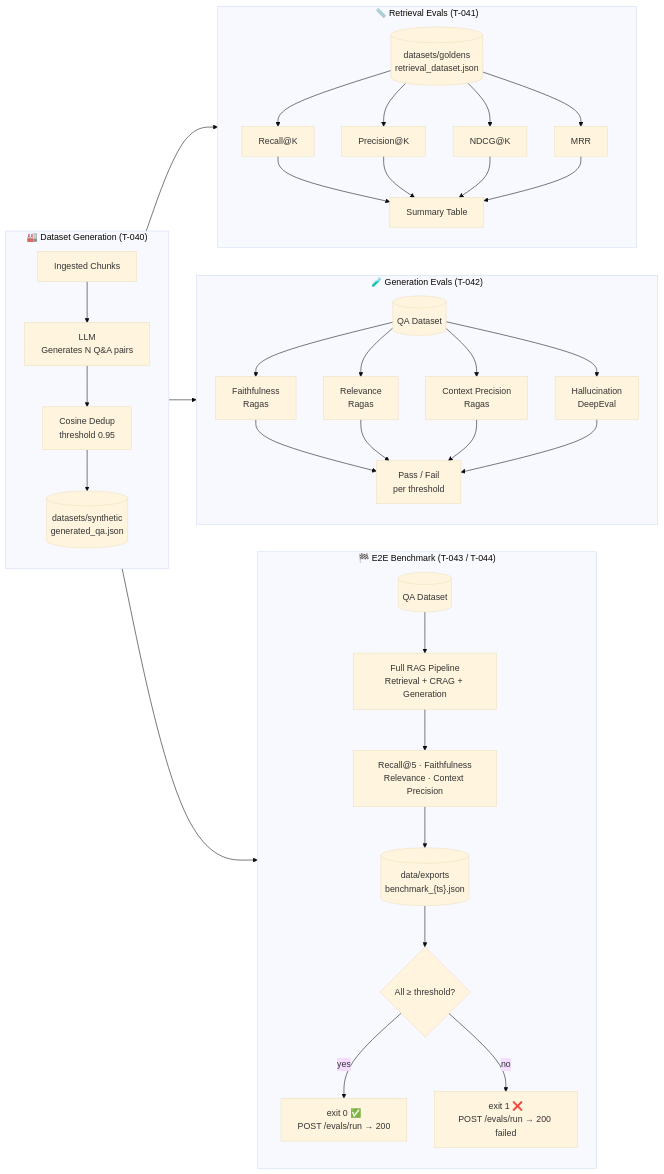
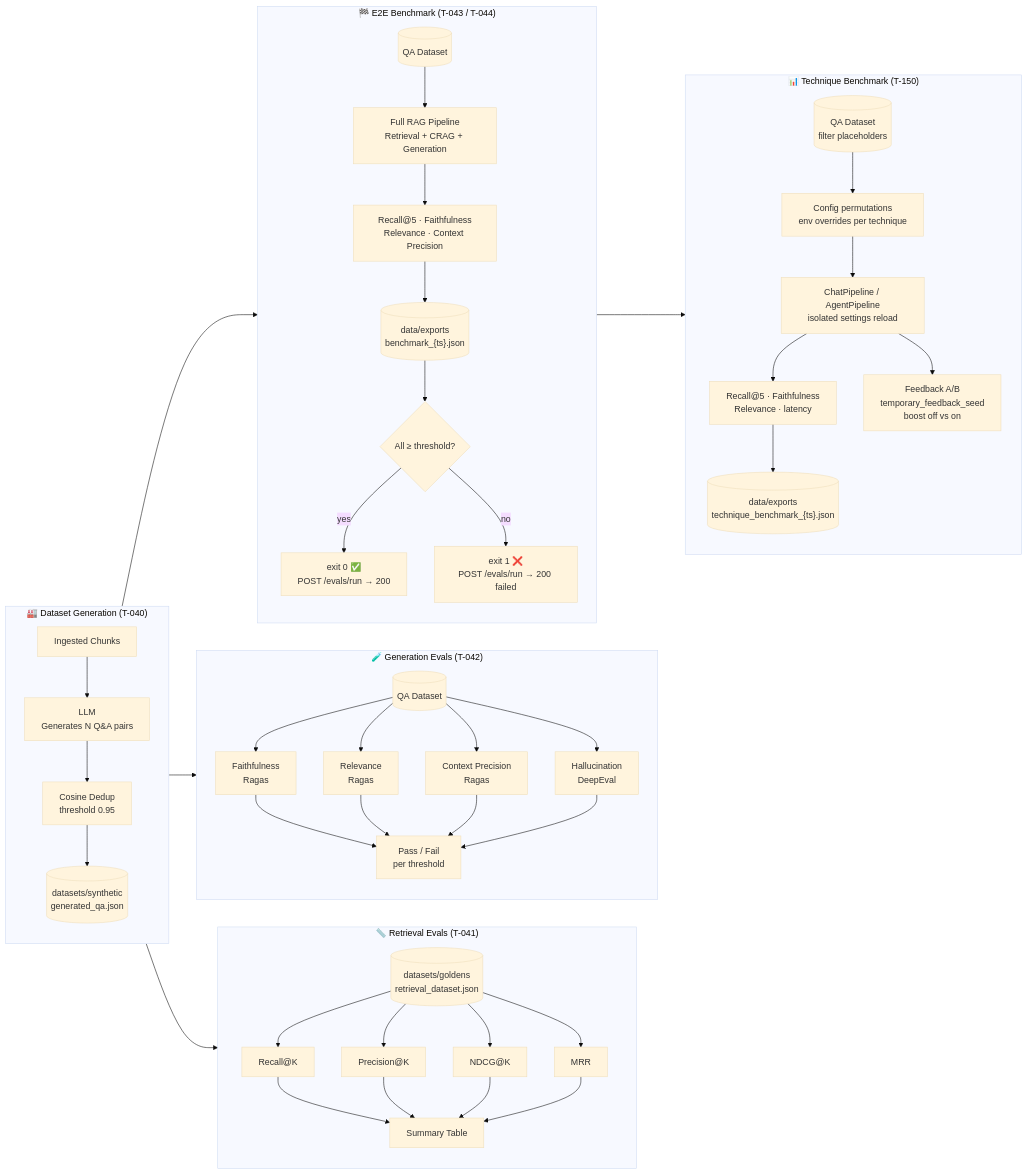
Diagram 13 of 15 in README.md (ealbertoav/rag_platform), drawn with Mermaid (base theme) before and after one commit. The commit also changed other lines of this file and 1 other file, not shown here.

First line of the commit message:
Add RAG Technique Benchmark (T-150) with `make benchmark-techniques`

````diff
--- a/README.md
+++ b/README.md
@@ -2307,37 +2368,46 @@
 ```mermaid
 flowchart LR
     subgraph GEN["🏭 Dataset Generation (T-040)"]
         IC[Ingested Chunks] --> LLM2["LLM<br/>Generates N Q&A pairs"]
         LLM2 --> DED["Cosine Dedup<br/>threshold 0.95"]
         DED --> QA[("datasets/synthetic<br/>generated_qa.json")]
     end
 
     subgraph RET["📏 Retrieval Evals (T-041)"]
         QA2[("datasets/goldens<br/>retrieval_dataset.json")] --> R1["Recall@K"]
         QA2 --> R2["Precision@K"]
         QA2 --> R3["NDCG@K"]
         QA2 --> R4["MRR"]
         R1 & R2 & R3 & R4 --> RT[Summary Table]
     end
 
     subgraph GEN2["🧪 Generation Evals (T-042)"]
         QA3[("QA Dataset")] --> F["Faithfulness<br/>Ragas"]
         QA3 --> RV["Relevance<br/>Ragas"]
         QA3 --> CP["Context Precision<br/>Ragas"]
         QA3 --> H["Hallucination<br/>DeepEval"]
         F & RV & CP & H --> GR["Pass / Fail<br/>per threshold"]
     end
 
     subgraph E2E["🏁 E2E Benchmark (T-043 / T-044)"]
         QA4[("QA Dataset")] --> PIPE["Full RAG Pipeline<br/>Retrieval + CRAG + Generation"]
         PIPE --> MET["Recall@5 · Faithfulness<br/>Relevance · Context Precision"]
         MET --> RPT[("data/exports<br/>benchmark_{ts}.json")]
         RPT --> EXIT{All ≥ threshold?}
         EXIT -->|yes| PASS["exit 0 ✅<br/>POST /evals/run → 200"]
         EXIT -->|no| FAIL["exit 1 ❌<br/>POST /evals/run → 200 failed"]
     end
 
+    subgraph TECH["📊 Technique Benchmark (T-150)"]
+        QA5[("QA Dataset<br/>filter placeholders")] --> CFG["Config permutations<br/>env overrides per technique"]
+        CFG --> RUN["ChatPipeline / AgentPipeline<br/>isolated settings reload"]
+        RUN --> MET2["Recall@5 · Faithfulness<br/>Relevance · latency"]
+        MET2 --> TB[("data/exports<br/>technique_benchmark_{ts}.json")]
+        RUN --> FBAB["Feedback A/B<br/>temporary_feedback_seed<br/>boost off vs on"]
+    end
+
     GEN --> RET
     GEN --> GEN2
     GEN --> E2E
+    E2E --> TECH
 ```
````
